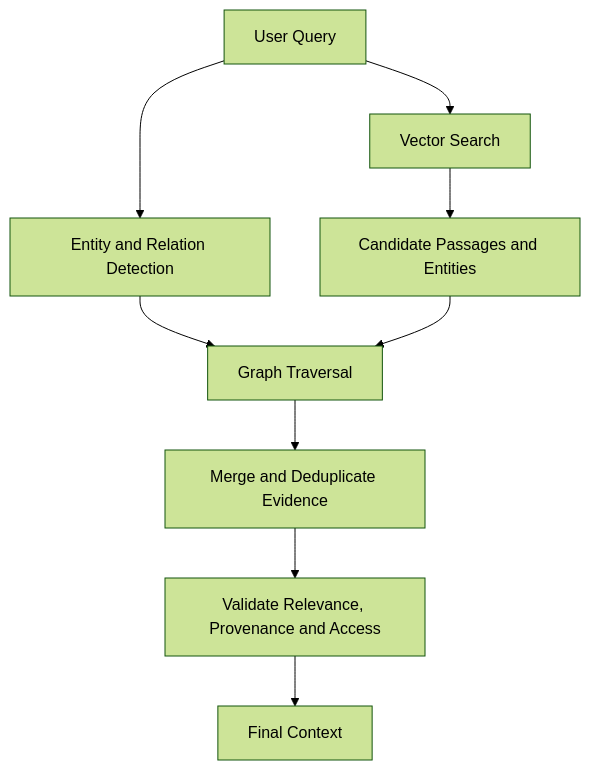
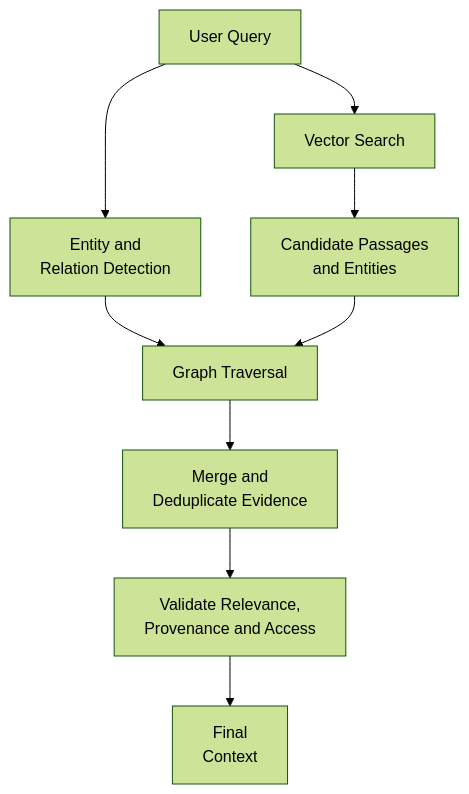
Before and after one commit to MihirKJha/enterprise-ai-blog: the fifth of 8 diagrams in docs/architecture-insights/genai-and-rag/4.1_architecting_graph_rag_relationship_aware_enterprise_knowledge.md, drawn with Mermaid (forest theme). The commit also changed other lines of this file, not shown here.

````diff
--- a/docs/architecture-insights/genai-and-rag/4.1_architecting_graph_rag_relationship_aware_enterprise_knowledge.md
+++ b/docs/architecture-insights/genai-and-rag/4.1_architecting_graph_rag_relationship_aware_enterprise_knowledge.md
@@ -204,11 +204,11 @@
 ```mermaid
 graph TD
     A[User Query] --> B[Vector Search]
-    A --> C[Entity and Relation Detection]
-    B --> D[Candidate Passages and Entities]
+    A --> C[Entity and<br/>Relation Detection]
+    B --> D[Candidate Passages<br/>and Entities]
     C --> E[Graph Traversal]
     D --> E
-    E --> F[Merge and Deduplicate Evidence]
-    F --> G[Validate Relevance, Provenance and Access]
-    G --> H[Final Context]
+    E --> F[Merge and<br/>Deduplicate Evidence]
+    F --> G[Validate Relevance,<br/>Provenance and Access]
+    G --> H[Final<br/>Context]
 ```
````
